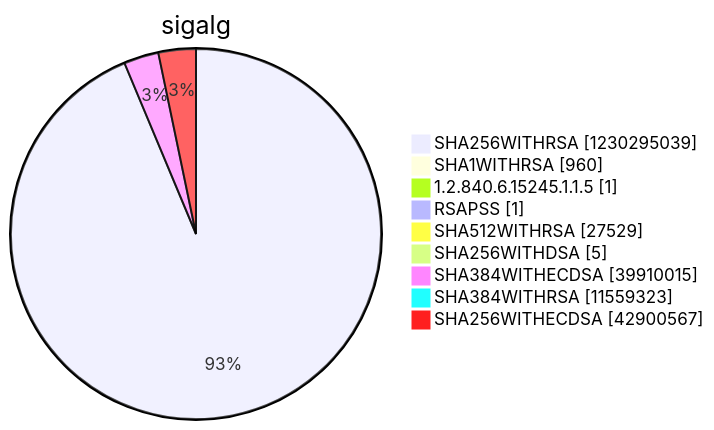
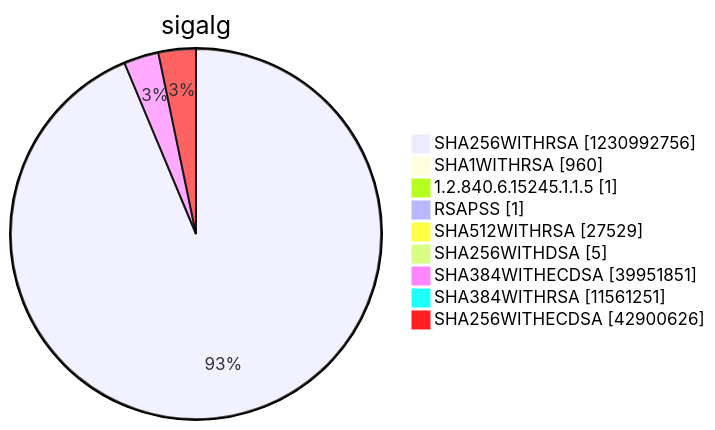
Before and after one commit to christiankrug/ctmonitor_visualization: diagram 15 of 15 in argon2022/README.md, drawn with Mermaid. The commit also changed other lines of this file, not shown here.

````diff
--- a/argon2022/README.md
+++ b/argon2022/README.md
@@ -5522,13 +5522,13 @@
 ```mermaid
 pie showData
 title sigalg
-"SHA256WITHRSA" :1230295039
+"SHA256WITHRSA" :1230992756
 "SHA1WITHRSA" :960
 "1.2.840.6.15245.1.1.5" :1
 "RSAPSS" :1
 "SHA512WITHRSA" :27529
 "SHA256WITHDSA" :5
-"SHA384WITHECDSA" :39910015
-"SHA384WITHRSA" :11559323
-"SHA256WITHECDSA" :42900567
+"SHA384WITHECDSA" :39951851
+"SHA384WITHRSA" :11561251
+"SHA256WITHECDSA" :42900626
 ```
````
